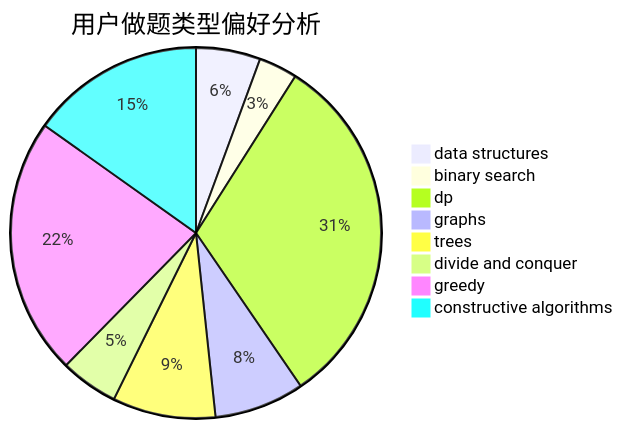
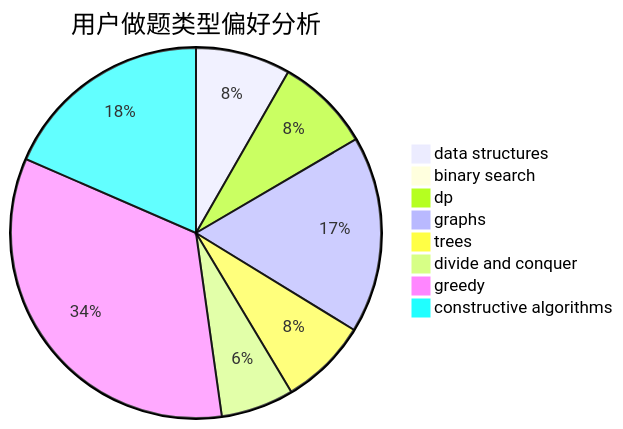
Before and after one commit to sherpahu/cfrs.github.io: the second of 3 diagrams in docs/user/u930.md, drawn with Mermaid. The commit also changed other lines of this file and 2770 other files, not shown here.

````diff
--- a/docs/user/u930.md
+++ b/docs/user/u930.md
@@ -23,11 +23,11 @@
 ```mermaid
 pie title 用户做题类型偏好分析
-    "data structures" :  10
-    "binary search" :  6
-    "dp" :  56
-    "graphs" :  14
-    "trees" :  16
-    "divide and conquer" :  9
-    "greedy" :  40
-    "constructive algorithms" :  27
+    "data structures" :  13
+    "binary search" :  0
+    "dp" :  13
+    "graphs" :  27
+    "trees" :  12
+    "divide and conquer" :  10
+    "greedy" :  53
+    "constructive algorithms" :  29
 ```
````
